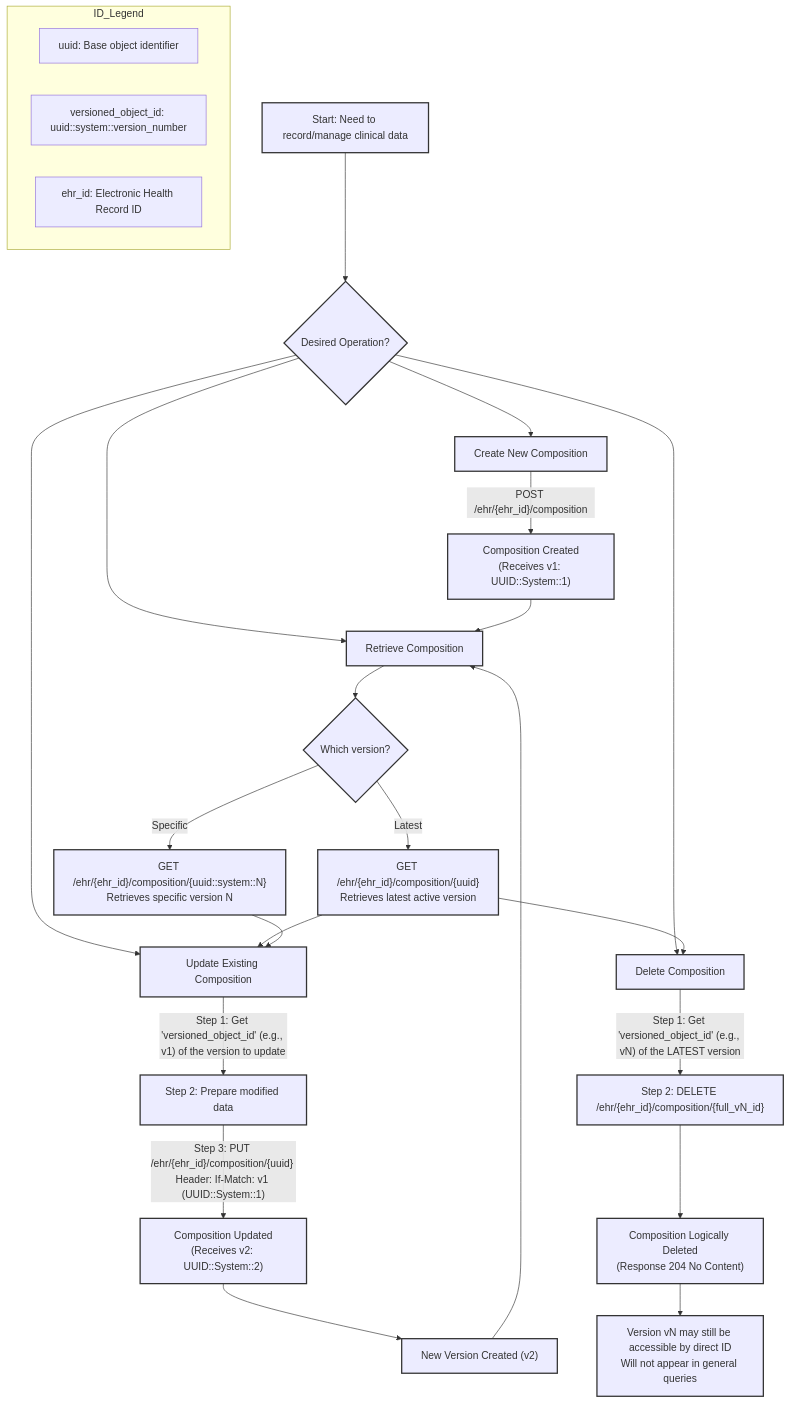
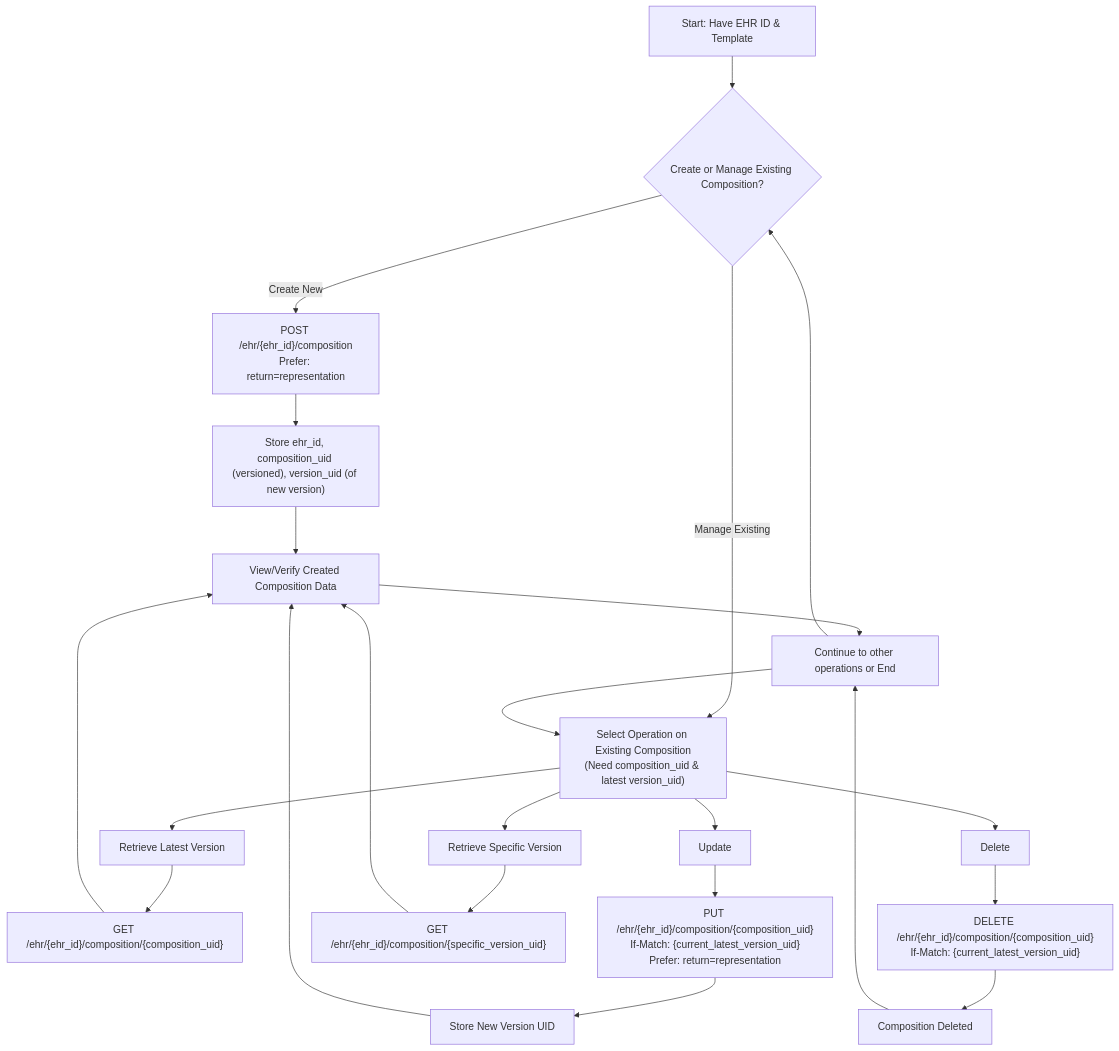
The diagram in module-2-first-app/module-2-02-retrieving-and-updating-compositions.md (AIOjPINEDA/openehr), drawn with Mermaid before and after one commit. The commit also changed other lines of this file, not shown here.

Commit message:
docs: Revise guide on managing EHR compositions to enhance clarity and workflow visualization

````diff
--- a/module-2-first-app/module-2-02-retrieving-and-updating-compositions.md
+++ b/module-2-first-app/module-2-02-retrieving-and-updating-compositions.md
@@ -5,45 +7,30 @@
 ```mermaid
 graph TD
-    A["Start: Need to record/manage clinical data"] --> B{"Desired Operation?"};
+    A["Start: Have EHR ID & Template"] --> B{Create or Manage Existing Composition?};
+    B -- Create New --> CREATE_OP["POST /ehr/{ehr_id}/composition<br>Prefer: return=representation"];
+    CREATE_OP --> STORE_UIDS["Store ehr_id, composition_uid (versioned), version_uid (of new version)"];
+    STORE_UIDS --> F["View/Verify Created Composition Data"];
 
-    B --> C["Create New Composition"];
-    C -- "POST /ehr/{ehr_id}/composition" --> D["Composition Created<br>(Receives v1: UUID::System::1)"];
+    B -- Manage Existing --> C["Select Operation on Existing Composition<br>(Need composition_uid & latest version_uid)"];
+    C --> D["Retrieve Latest Version"];
+    D --> E["GET /ehr/{ehr_id}/composition/{composition_uid}"];
+    E --> F;
 
-    B --> E["Retrieve Composition"];
-    E --> F{"Which version?"};
-    F -- "Latest" --> G["GET /ehr/{ehr_id}/composition/{uuid}<br>Retrieves latest active version"];
-    F -- "Specific" --> H["GET /ehr/{ehr_id}/composition/{uuid::system::N}<br>Retrieves specific version N"];
+    C --> G["Update"];
+    G --> H["PUT /ehr/{ehr_id}/composition/{composition_uid}<br>If-Match: {current_latest_version_uid}<br>Prefer: return=representation"];
+    H --> I["Store New Version UID"];
+    I --> F;
 
-    B --> I["Update Existing Composition"];
-    I -- "Step 1: Get 'versioned_object_id' (e.g., v1) of the version to update" --> J["Step 2: Prepare modified data"];
-    J -- "Step 3: PUT /ehr/{ehr_id}/composition/{uuid} <br>Header: If-Match: v1 (UUID::System::1)" --> K["Composition Updated<br>(Receives v2: UUID::System::2)"];
-    K --> D_Update["New Version Created (v2)"];
+    C --> J["Retrieve Specific Version"];
+    J --> K["GET /ehr/{ehr_id}/composition/{specific_version_uid}"];
+    K --> F;
 
-    B --> L["Delete Composition"];
-    L -- "Step 1: Get 'versioned_object_id' (e.g., vN) of the LATEST version" --> M["Step 2: DELETE /ehr/{ehr_id}/composition/{full_vN_id}"];
-    M --> N["Composition Logically Deleted<br>(Response 204 No Content)"];
-    N --> O["Version vN may still be accessible by direct ID<br>Will not appear in general queries"];
+    C --> L["Delete"];
+    L --> M["DELETE /ehr/{ehr_id}/composition/{composition_uid}<br>If-Match: {current_latest_version_uid}"];
+    M --> N["Composition Deleted"];
 
-    D --> E;
-    D_Update --> E;
-    G --> I;
-    H --> I;
-    G --> L;
-
-    subgraph ID_Legend
-        direction LR
-        id1["uuid: Base object identifier"]
-        id2["versioned_object_id: uuid::system::version_number"]
-        id3["ehr_id: Electronic Health Record ID"]
-    end
-
-    %% Removed custom fill colors for better default contrast
-    classDef operation stroke:#333,stroke-width:2px;
-    classDef result stroke:#333,stroke-width:2px;
-    classDef decision stroke:#333,stroke-width:2px;
-
-    class A,B,F,E,I,L decision;
-    class C,J,M operation;
-    class D,K,N,G,H,O result;
-    class D_Update result;
+    F --> END_OP["Continue to other operations or End"];
+    N --> END_OP;
+    END_OP --> C;
+    END_OP --> B;
 ```
````
